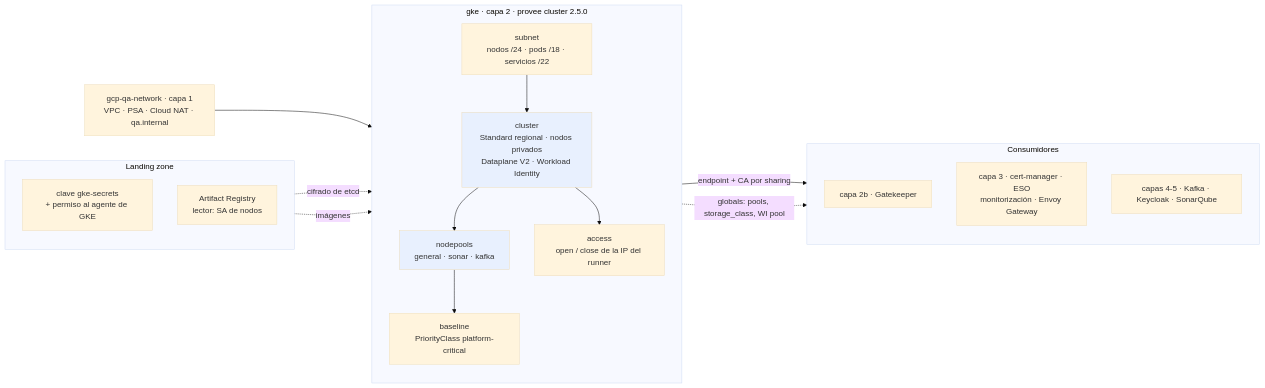
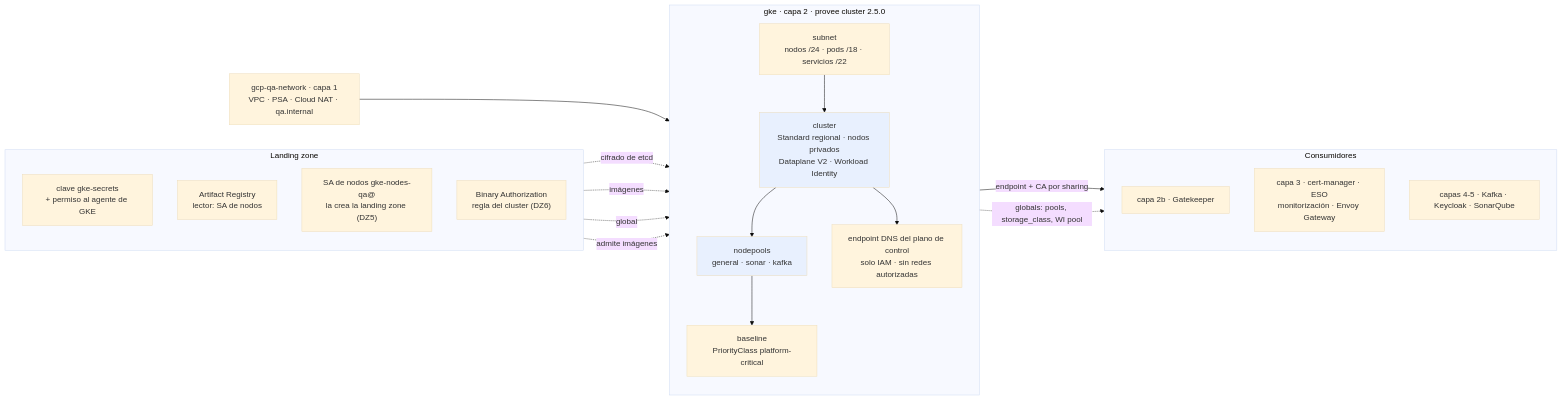
One commit to aescanero/proposal_documents changed the diagram in docs/es/proposals/gke-qa/diagrams/01-contexto.mmd. Above: the diagram before and after it, drawn with Mermaid (base theme). The commit also changed 50 other files, not shown here.

```diff
--- a/docs/es/proposals/gke-qa/diagrams/01-contexto.mmd
+++ b/docs/es/proposals/gke-qa/diagrams/01-contexto.mmd
@@ -1,31 +1,35 @@
 flowchart LR
     subgraph LZ["Landing zone"]
         direction TB
         KMS["clave gke-secrets<br/>+ permiso al agente de GKE"]
         AR["Artifact Registry<br/>lector: SA de nodos"]
+        SAN["SA de nodos gke-nodes-qa@<br/>la crea la landing zone (DZ5)"]
+        BA["Binary Authorization<br/>regla del cluster (DZ6)"]
     end
     NET["gcp-qa-network · capa 1<br/>VPC · PSA · Cloud NAT · qa.internal"]
     subgraph GKE["gke · capa 2 · provee cluster 2.5.0"]
         direction TB
         SUB["subnet<br/>nodos /24 · pods /18 · servicios /22"]
         CL["cluster<br/>Standard regional · nodos privados<br/>Dataplane V2 · Workload Identity"]
         NP["nodepools<br/>general · sonar · kafka"]
-        ACC["access<br/>open / close de la IP del runner"]
+        ACC["endpoint DNS del plano de control<br/>solo IAM · sin redes autorizadas"]
         BL["baseline<br/>PriorityClass platform-critical"]
     end
     subgraph CONS["Consumidores"]
         direction TB
         L2B["capa 2b · Gatekeeper"]
         L3["capa 3 · cert-manager · ESO<br/>monitorización · Envoy Gateway"]
         L45["capas 4-5 · Kafka · Keycloak · SonarQube"]
     end
     NET --> SUB --> CL
     CL --> NP --> BL
     CL --> ACC
     KMS -. "cifrado de etcd" .-> CL
     AR -. "imágenes" .-> NP
+    SAN -. "global" .-> CL
+    BA -. "admite imágenes" .-> CL
     CL -- "endpoint + CA por sharing" --> CONS
     NP -. "globals: pools, storage_class, WI pool" .-> CONS
 
     style CL fill:#e8f0fe
     style NP fill:#e8f0fe
```
